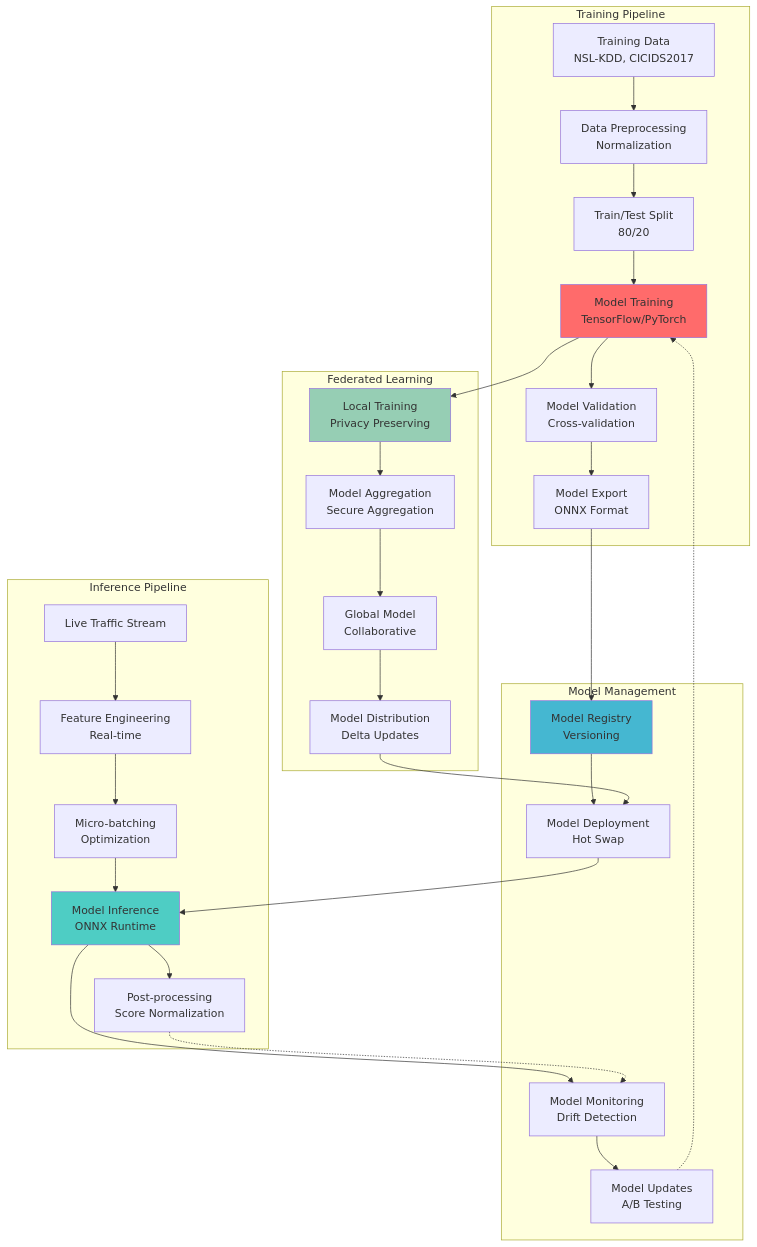
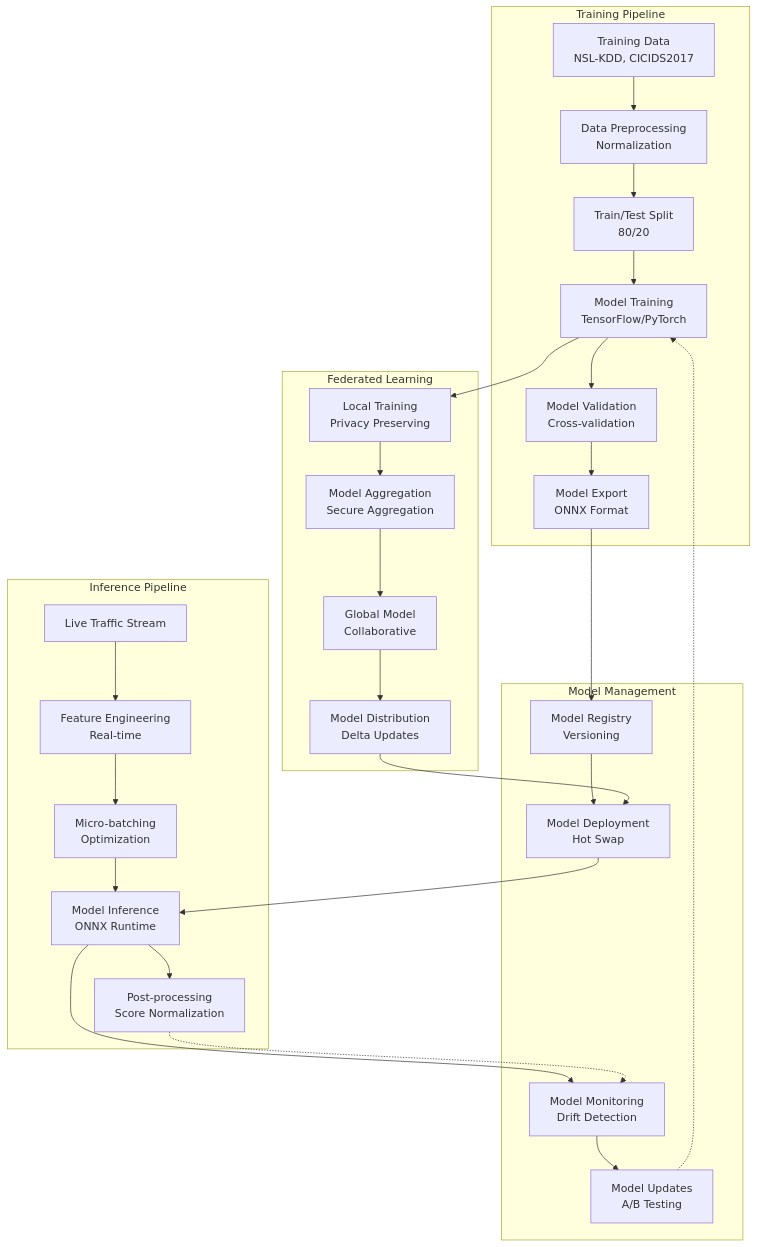
One commit to sameer693/sentinelai changed the fifth of 9 diagrams in docs/diagrams.md. Above: the diagram before and after it, drawn with Mermaid. The commit also changed other lines of this file, not shown here.

````diff
--- a/docs/diagrams.md
+++ b/docs/diagrams.md
@@ -335,69 +316,64 @@
 ```mermaid
 graph TB
     subgraph "Training Pipeline"
         DATA[Training Data<br/>NSL-KDD, CICIDS2017]
         PREP[Data Preprocessing<br/>Normalization]
         SPLIT[Train/Test Split<br/>80/20]
         TRAIN[Model Training<br/>TensorFlow/PyTorch]
         VAL[Model Validation<br/>Cross-validation]
         EXPORT[Model Export<br/>ONNX Format]
     end
     
     subgraph "Inference Pipeline"
         STREAM[Live Traffic Stream]
         FEAT[Feature Engineering<br/>Real-time]
         BATCH[Micro-batching<br/>Optimization]
         INF[Model Inference<br/>ONNX Runtime]
         POST[Post-processing<br/>Score Normalization]
     end
     
     subgraph "Model Management"
         REG[Model Registry<br/>Versioning]
         DEPLOY[Model Deployment<br/>Hot Swap]
         MONITOR[Model Monitoring<br/>Drift Detection]
         UPDATE[Model Updates<br/>A/B Testing]
     end
     
     subgraph "Federated Learning"
         LOCAL[Local Training<br/>Privacy Preserving]
         AGG[Model Aggregation<br/>Secure Aggregation]
         GLOBAL[Global Model<br/>Collaborative]
         DIST[Model Distribution<br/>Delta Updates]
     end
     
     %% Training Flow
     DATA --> PREP
     PREP --> SPLIT
     SPLIT --> TRAIN
     TRAIN --> VAL
     VAL --> EXPORT
     
     %% Inference Flow
     STREAM --> FEAT
     FEAT --> BATCH
     BATCH --> INF
     INF --> POST
     
     %% Model Management
     EXPORT --> REG
     REG --> DEPLOY
     DEPLOY --> INF
     INF --> MONITOR
     MONITOR --> UPDATE
     
     %% Federated Learning
     TRAIN --> LOCAL
     LOCAL --> AGG
     AGG --> GLOBAL
     GLOBAL --> DIST
     DIST --> DEPLOY
     
     %% Feedback Loops
     POST -.-> MONITOR
     UPDATE -.-> TRAIN
-    
-    style TRAIN fill:#ff6b6b
-    style INF fill:#4ecdc4
-    style REG fill:#45b7d1
-    style LOCAL fill:#96ceb4
 ```
````
